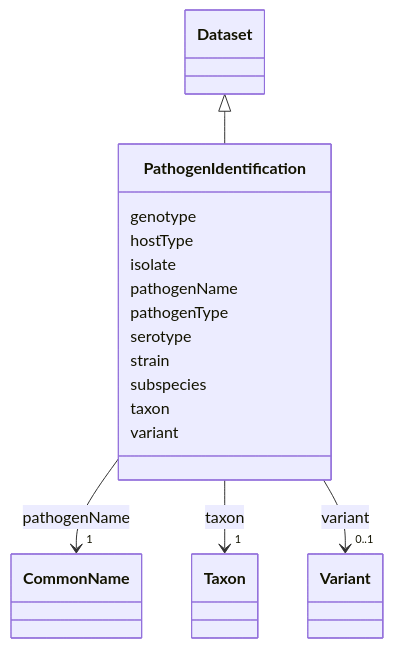
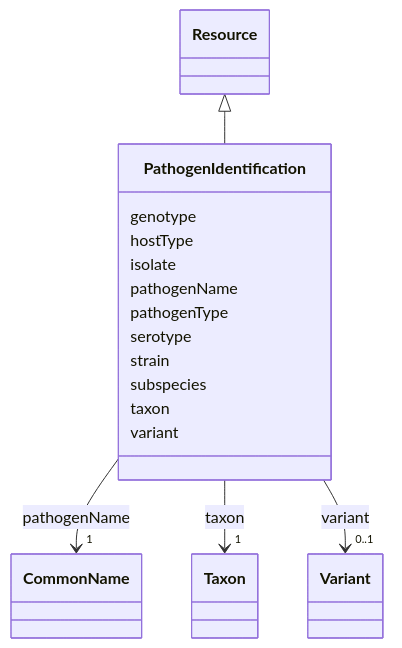
Before and after one commit to EVORA-project/evora-ontology: the diagram in models/docs/PathogenIdentification.md, drawn with Mermaid. The commit also changed other lines of this file and 435 other files, not shown here.

````diff
--- a/models/docs/PathogenIdentification.md
+++ b/models/docs/PathogenIdentification.md
@@ -19,50 +19,50 @@
 ```mermaid
  classDiagram
     class PathogenIdentification
     click PathogenIdentification href "../PathogenIdentification"
-      Dataset <|-- PathogenIdentification
-        click Dataset href "../Dataset"
+      Resource <|-- PathogenIdentification
+        click Resource href "../Resource"
       
       PathogenIdentification : genotype
         
       PathogenIdentification : hostType
         
       PathogenIdentification : isolate
         
       PathogenIdentification : pathogenName
         
           
     
     
     PathogenIdentification --> "1" CommonName : pathogenName
     click CommonName href "../CommonName"
 
         
       PathogenIdentification : pathogenType
         
       PathogenIdentification : serotype
         
       PathogenIdentification : strain
         
       PathogenIdentification : subspecies
         
       PathogenIdentification : taxon
         
           
     
     
     PathogenIdentification --> "1" Taxon : taxon
     click Taxon href "../Taxon"
 
         
       PathogenIdentification : variant
         
           
     
     
     PathogenIdentification --> "0..1" Variant : variant
     click Variant href "../Variant"
 
         
       
 ```
````
